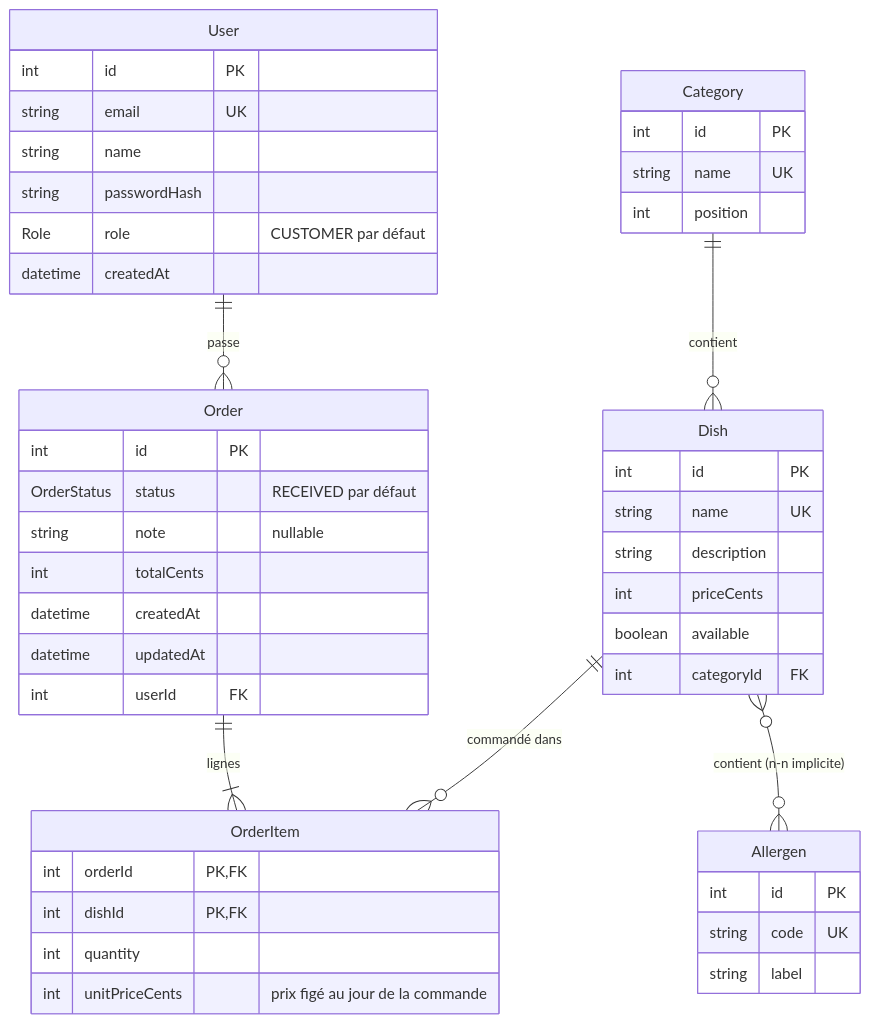
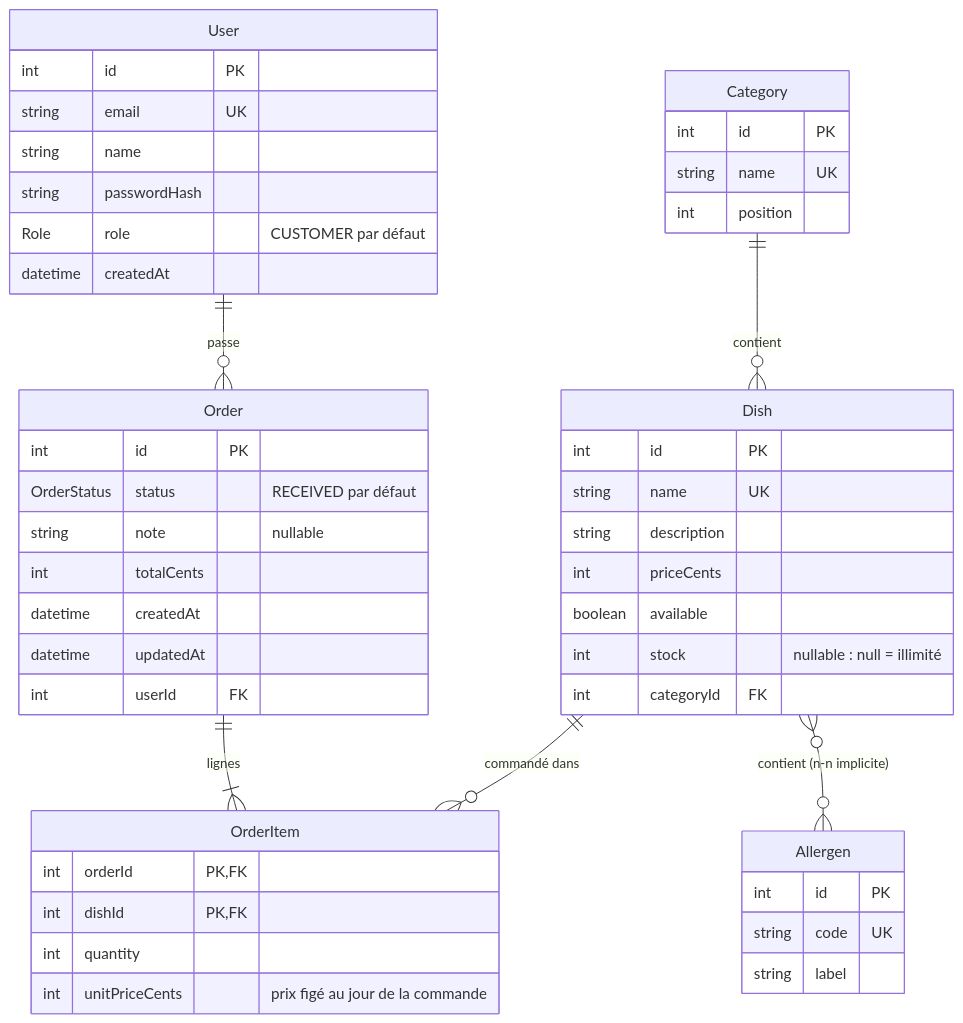
One commit to powksy94/roulotte_server_api changed the second of 2 diagrams in README.md. Above: the diagram before and after it, drawn with Mermaid. The commit also changed other lines of this file, not shown here.

Commit message:
docs: README du palier 2, stock, cycle de vie et administration

````diff
--- a/README.md
+++ b/README.md
@@ -97,50 +138,51 @@
 ```mermaid
 erDiagram
     User ||--o{ Order : "passe"
     Category ||--o{ Dish : "contient"
     Dish }o--o{ Allergen : "contient (n-n implicite)"
     Order ||--|{ OrderItem : "lignes"
     Dish ||--o{ OrderItem : "commandé dans"
 
     User {
         int id PK
         string email UK
         string name
         string passwordHash
         Role role "CUSTOMER par défaut"
         datetime createdAt
     }
     Category {
         int id PK
         string name UK
         int position
     }
     Allergen {
         int id PK
         string code UK
         string label
     }
     Dish {
         int id PK
         string name UK
         string description
         int priceCents
         boolean available
+        int stock "nullable : null = illimité"
         int categoryId FK
     }
     Order {
         int id PK
         OrderStatus status "RECEIVED par défaut"
         string note "nullable"
         int totalCents
         datetime createdAt
         datetime updatedAt
         int userId FK
     }
     OrderItem {
         int orderId PK,FK
         int dishId PK,FK
         int quantity
         int unitPriceCents "prix figé au jour de la commande"
     }
 ```
````
